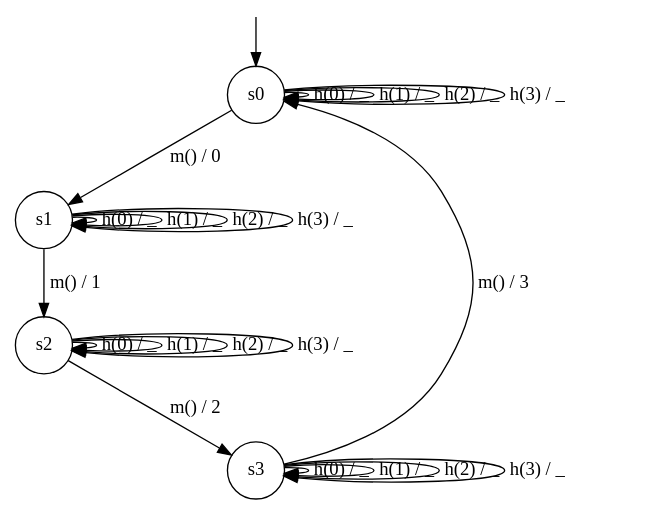
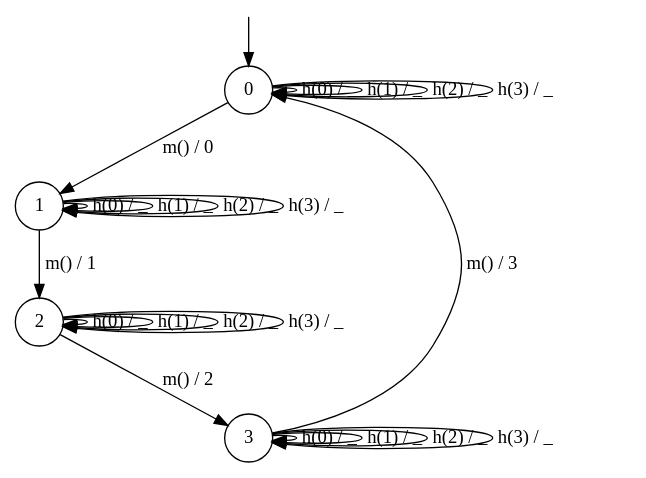
One commit to cgvwzq/polca changed the diagram in models/simul/fifo_4.dot. Above: the diagram before and after it, drawn with Graphviz.

Commit message:
fix reference model for fifo

```diff
--- a/models/simul/fifo_4.dot
+++ b/models/simul/fifo_4.dot
@@ -1,31 +1,31 @@
 digraph g {
 
-	s0 [shape="circle" label="s0"];
-	s1 [shape="circle" label="s1"];
-	s2 [shape="circle" label="s2"];
-	s3 [shape="circle" label="s3"];
+	s0 [shape="circle" label="0"];
+	s1 [shape="circle" label="1"];
+	s2 [shape="circle" label="2"];
+	s3 [shape="circle" label="3"];
 	s0 -> s0 [label="h(0) / _"];
 	s0 -> s0 [label="h(1) / _"];
 	s0 -> s0 [label="h(2) / _"];
 	s0 -> s0 [label="h(3) / _"];
 	s0 -> s1 [label="m() / 0"];
 	s1 -> s1 [label="h(0) / _"];
 	s1 -> s1 [label="h(1) / _"];
 	s1 -> s1 [label="h(2) / _"];
 	s1 -> s1 [label="h(3) / _"];
 	s1 -> s2 [label="m() / 1"];
 	s2 -> s2 [label="h(0) / _"];
 	s2 -> s2 [label="h(1) / _"];
 	s2 -> s2 [label="h(2) / _"];
 	s2 -> s2 [label="h(3) / _"];
 	s2 -> s3 [label="m() / 2"];
 	s3 -> s3 [label="h(0) / _"];
 	s3 -> s3 [label="h(1) / _"];
 	s3 -> s3 [label="h(2) / _"];
 	s3 -> s3 [label="h(3) / _"];
 	s3 -> s0 [label="m() / 3"];
 
 __start0 [label="" shape="none" width="0" height="0"];
 __start0 -> s0;
 
 }
```
